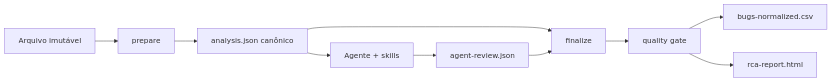
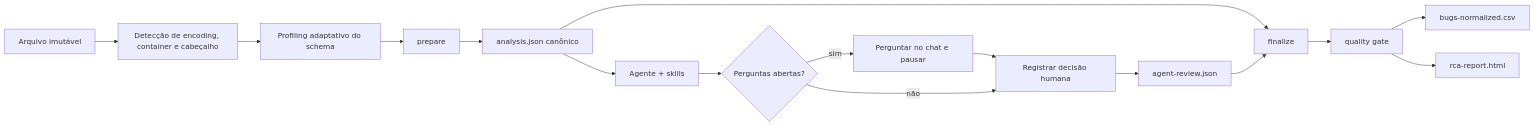
One commit to Mr-Lucasz/rca-agent-lab changed the diagram in docs/architecture.md. Above: the diagram before and after it, drawn with Mermaid. The commit also changed other lines of this file and 43 other files, not shown here.

````diff
--- a/docs/architecture.md
+++ b/docs/architecture.md
@@ -7,12 +7,18 @@
 ```mermaid
 flowchart LR
-    I["Arquivo imutável"] --> P["prepare"]
+    I["Arquivo imutável"] --> D["Detecção de encoding, container e cabeçalho"]
+    D --> S["Profiling adaptativo do schema"]
+    S --> P["prepare"]
     P --> A["analysis.json canônico"]
     A --> L["Agente + skills"]
-    L --> R["agent-review.json"]
+    L --> G{"Perguntas abertas?"}
+    G -->|"sim"| U["Perguntar no chat e pausar"]
+    U --> R["Registrar decisão humana"]
+    G -->|"não"| R
+    R --> V["agent-review.json"]
     A --> F["finalize"]
-    R --> F
+    V --> F
     F --> Q["quality gate"]
     Q --> C["bugs-normalized.csv"]
     Q --> H["rca-report.html"]
 ```
````
